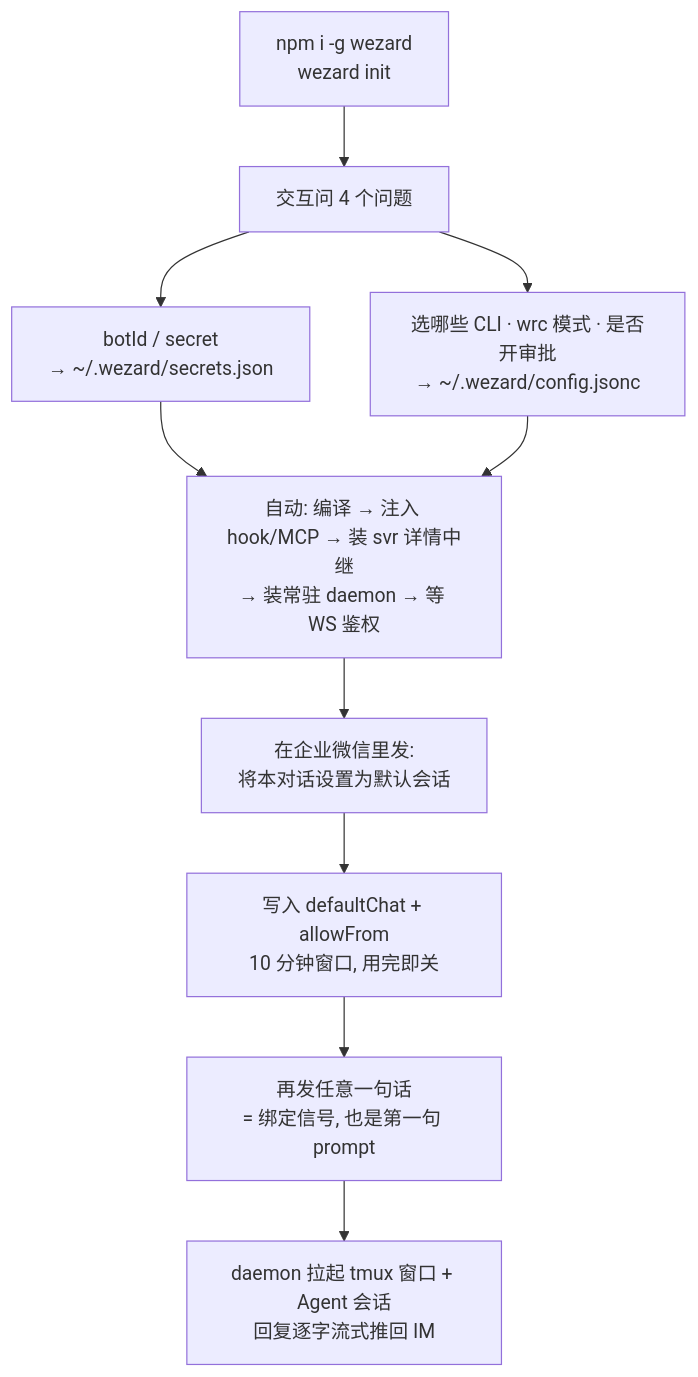
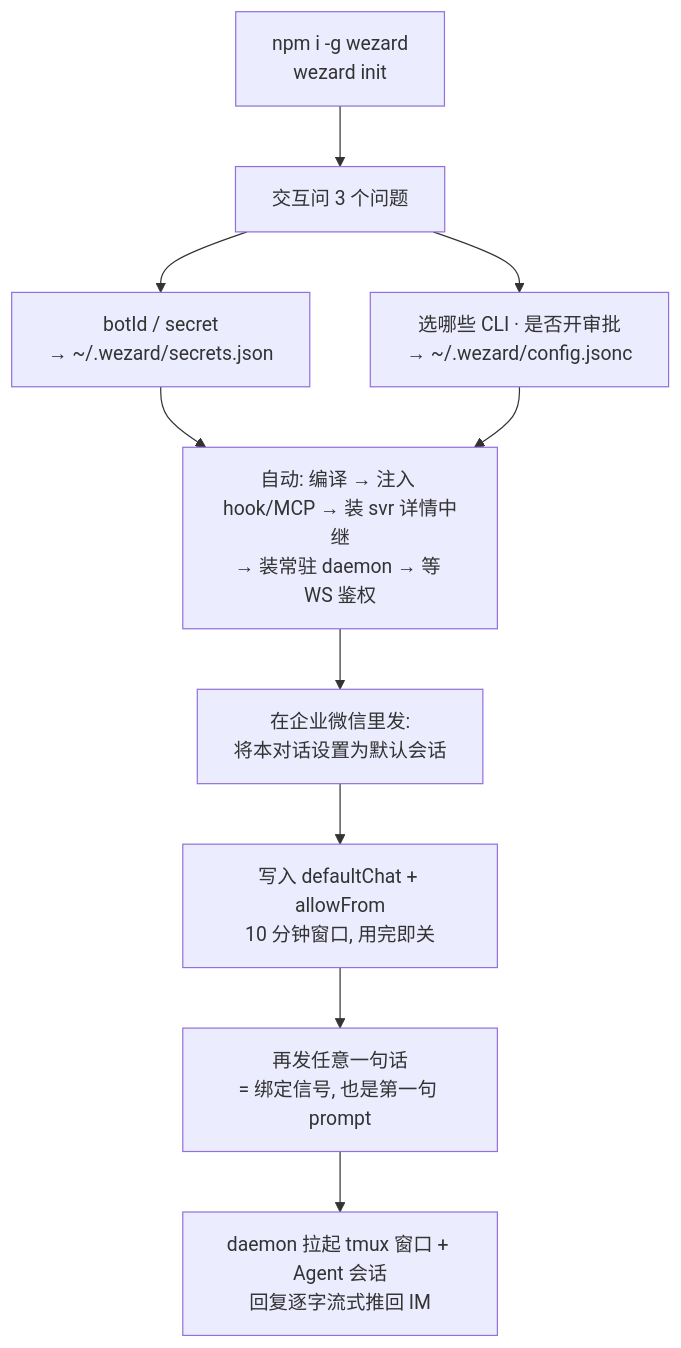
Before and after one commit to guxi11/wezard: the second of 5 diagrams in README.md, drawn with Mermaid. The commit also changed other lines of this file and 23 other files, not shown here.

First line of the commit message:
refactor!: 删除 /wrc 命令与 headless 模式, 会话只从聊天侧开启; init 先探 tmux

````diff
--- a/README.md
+++ b/README.md
@@ -81,12 +81,12 @@
 ```mermaid
 flowchart TD
-    install["npm i -g wezard<br/>wezard init"] --> ask["交互问 4 个问题"]
+    install["npm i -g wezard<br/>wezard init"] --> ask["交互问 3 个问题"]
     ask --> creds["botId / secret<br/>→ ~/.wezard/secrets.json"]
-    ask --> rest["选哪些 CLI · wrc 模式 · 是否开审批<br/>→ ~/.wezard/config.jsonc"]
+    ask --> rest["选哪些 CLI · 是否开审批<br/>→ ~/.wezard/config.jsonc"]
     creds --> auto
     rest --> auto["自动: 编译 → 注入 hook/MCP → 装 svr 详情中继<br/>→ 装常驻 daemon → 等 WS 鉴权"]
     auto --> claim["在企业微信里发:<br/>将本对话设置为默认会话"]
     claim --> bound["写入 defaultChat + allowFrom<br/>10 分钟窗口, 用完即关"]
     bound --> first["再发任意一句话<br/>= 绑定信号, 也是第一句 prompt"]
     first --> live["daemon 拉起 tmux 窗口 + Agent 会话<br/>回复逐字流式推回 IM"]
 ```
````
